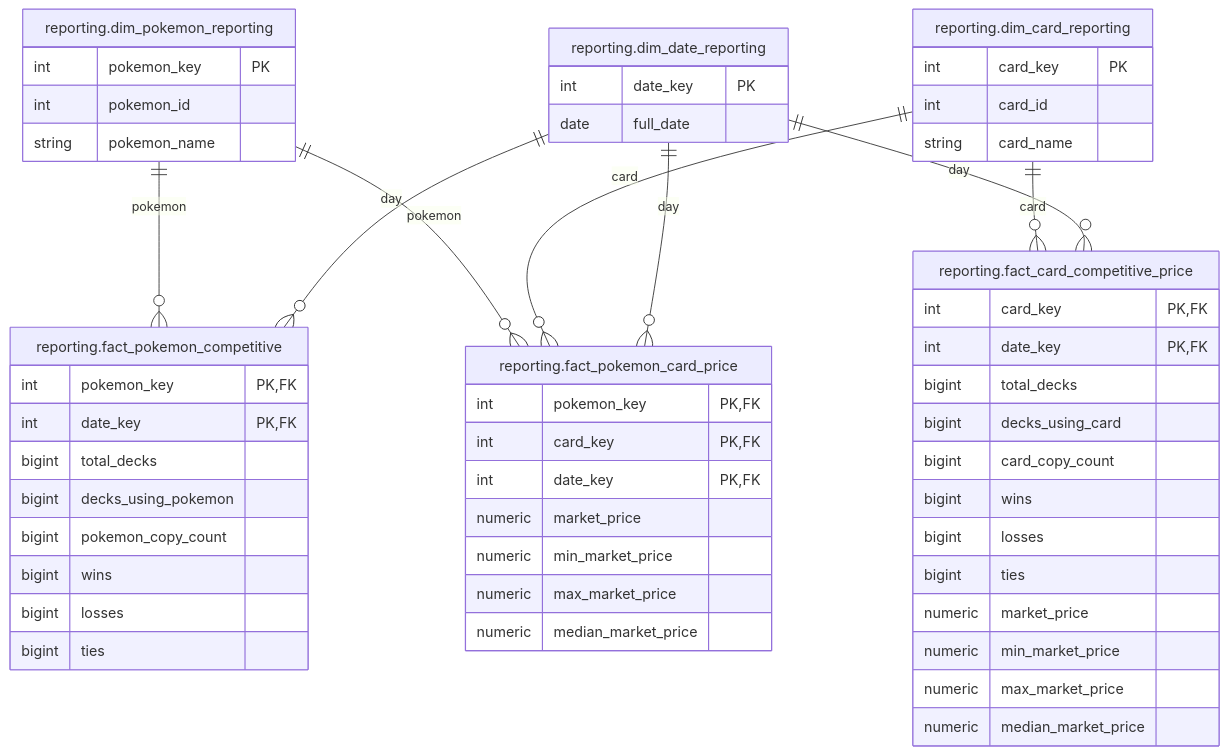
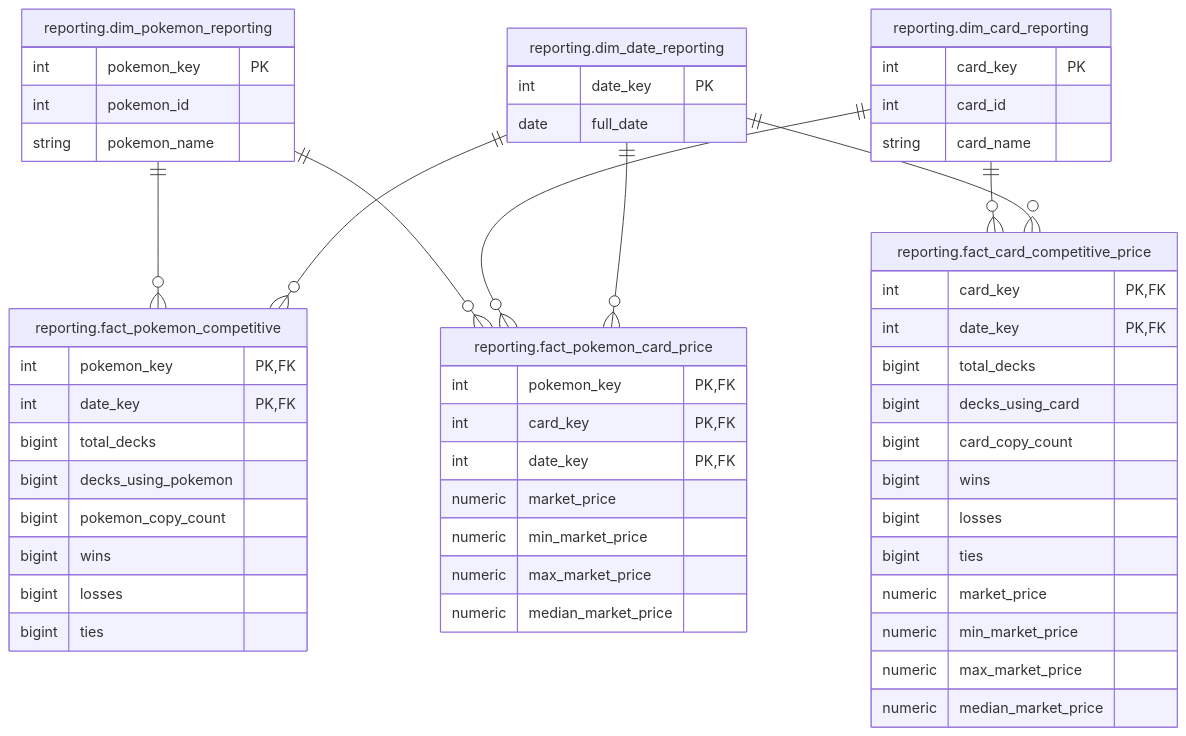
The ninth of 9 diagrams in Reporting-Layer.md (Jessyyyca/DVS), drawn with Mermaid before and after one commit. The commit also changed other lines of this file, not shown here.

Commit message:
chore: cleaned useless mermaid comments

````diff
--- a/Reporting-Layer.md
+++ b/Reporting-Layer.md
@@ -286,57 +286,57 @@
 ```mermaid
 erDiagram
     reporting.dim_pokemon_reporting {
         int pokemon_key PK
         int pokemon_id
         string pokemon_name
     }
     reporting.dim_card_reporting {
         int card_key PK
         int card_id
         string card_name
     }
     reporting.dim_date_reporting {
         int date_key PK
         date full_date
     }
     reporting.fact_pokemon_competitive {
         int pokemon_key PK,FK
         int date_key PK,FK
         bigint total_decks
         bigint decks_using_pokemon
         bigint pokemon_copy_count
         bigint wins
         bigint losses
         bigint ties
     }
     reporting.fact_card_competitive_price {
         int card_key PK,FK
         int date_key PK,FK
         bigint total_decks
         bigint decks_using_card
         bigint card_copy_count
         bigint wins
         bigint losses
         bigint ties
         numeric market_price
         numeric min_market_price
         numeric max_market_price
         numeric median_market_price
     }
     reporting.fact_pokemon_card_price {
         int pokemon_key PK,FK
         int card_key PK,FK
         int date_key PK,FK
         numeric market_price
         numeric min_market_price
         numeric max_market_price
         numeric median_market_price
     }
-    reporting.dim_pokemon_reporting ||--o{ reporting.fact_pokemon_competitive : pokemon
-    reporting.dim_date_reporting ||--o{ reporting.fact_pokemon_competitive : day
-    reporting.dim_card_reporting ||--o{ reporting.fact_card_competitive_price : card
-    reporting.dim_date_reporting ||--o{ reporting.fact_card_competitive_price : day
-    reporting.dim_pokemon_reporting ||--o{ reporting.fact_pokemon_card_price : pokemon
-    reporting.dim_card_reporting ||--o{ reporting.fact_pokemon_card_price : card
-    reporting.dim_date_reporting ||--o{ reporting.fact_pokemon_card_price : day
+    reporting.dim_pokemon_reporting ||--o{ reporting.fact_pokemon_competitive : ""
+    reporting.dim_date_reporting ||--o{ reporting.fact_pokemon_competitive : ""
+    reporting.dim_card_reporting ||--o{ reporting.fact_card_competitive_price : ""
+    reporting.dim_date_reporting ||--o{ reporting.fact_card_competitive_price : ""
+    reporting.dim_pokemon_reporting ||--o{ reporting.fact_pokemon_card_price : ""
+    reporting.dim_card_reporting ||--o{ reporting.fact_pokemon_card_price : ""
+    reporting.dim_date_reporting ||--o{ reporting.fact_pokemon_card_price : ""
 ```
````
